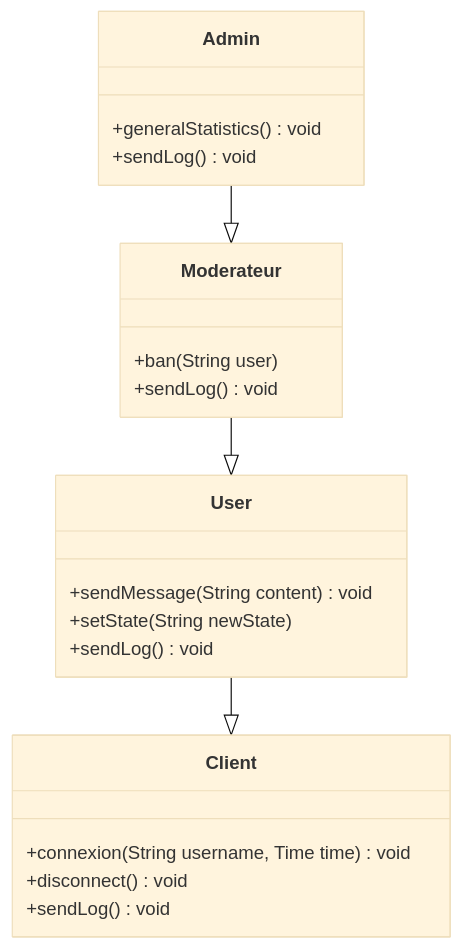
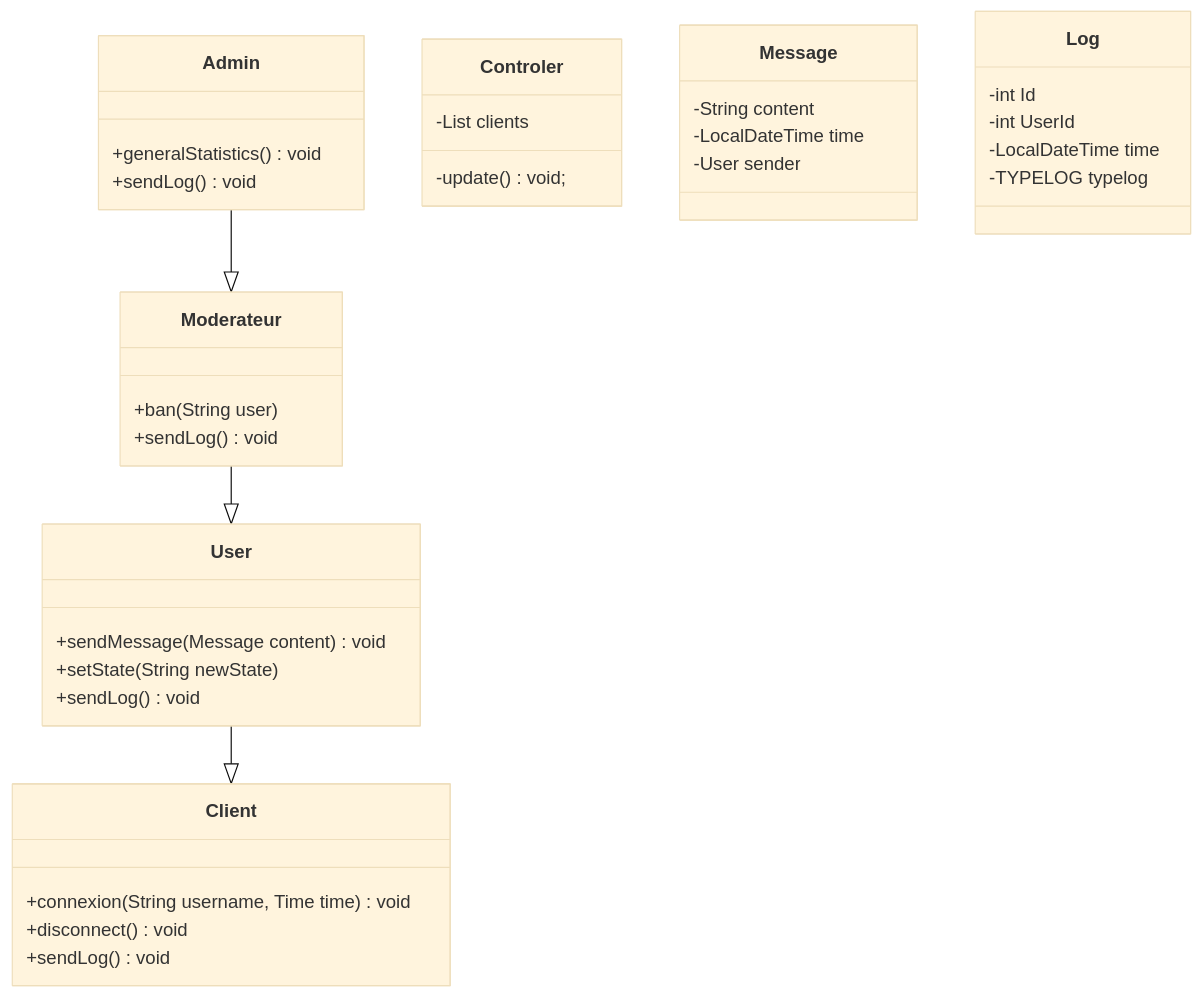
The diagram in Diagramme UML.md (GabrielHenaux/ChatCheurProject), drawn with Mermaid (base theme) before and after one commit.

Commit message:
Merge branch 'master' of https://github.com/gabyformula1/ChatCheurProject

````diff
--- a/Diagramme UML.md
+++ b/Diagramme UML.md
@@ -1,24 +1,41 @@
 ```mermaid
     classDiagram
     class Client {
         +connexion(String username, Time time) void
         +disconnect() void
         +sendLog() void
     }
     class User {
-        +sendMessage(String content) void
+        +sendMessage(Message content) void
         +setState(String newState)
         +sendLog() void
     }
     class Moderateur {
         +ban(String user)
         +sendLog() void
     }
     class Admin {
         +generalStatistics() void
         +sendLog() void
     }
+    User --|> Client
     Admin --|> Moderateur
     Moderateur --|> User
-    User --|> Client
+    
+    class Controler {
+        -List<Client> clients
+        -update() void;
+    }
+    
+    class Message {
+        -String content
+        -LocalDateTime time
+        -User sender
+    }
+    class Log {
+        -int Id
+        -int UserId
+        -LocalDateTime time
+        -TYPELOG typelog 
+    }
 ```
````
